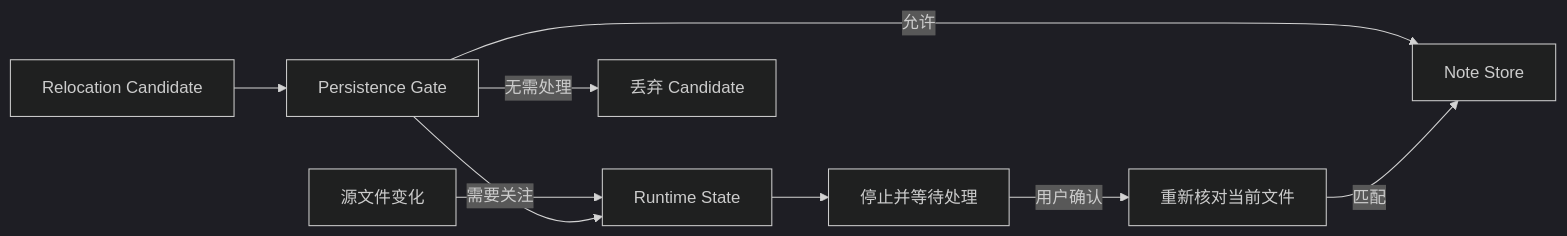
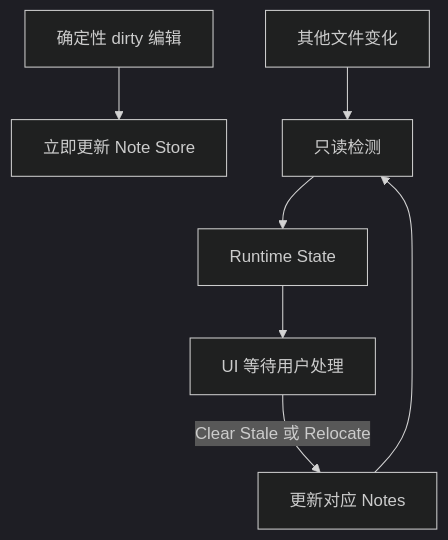
One commit to Leo7805/czaza changed the diagram in .czaza/architecture-notes/diagrams/runtime-state-persistence-boundary.md. Above: the diagram before and after it, drawn with Mermaid (dark theme). The commit also changed other lines of this file and 14 other files, not shown here.

````diff
--- a/.czaza/architecture-notes/diagrams/runtime-state-persistence-boundary.md
+++ b/.czaza/architecture-notes/diagrams/runtime-state-persistence-boundary.md
@@ -18,11 +16,9 @@
 ```mermaid
-flowchart LR
-    A[源文件变化] --> B[Runtime State]
-    B --> C[停止并等待处理]
-    C -->|用户确认| D[重新核对当前文件]
-    E[Relocation Candidate] --> F[Persistence Gate]
-    F -->|允许| G[Note Store]
-    F -->|需要关注| B
-    F -->|无需处理| H[丢弃 Candidate]
-    D -->|匹配| G
+flowchart TD
+    A[确定性 dirty 编辑] --> B[立即更新 Note Store]
+    C[其他文件变化] --> D[只读检测]
+    D --> E[Runtime State]
+    E --> F[UI 等待用户处理]
+    F -->|Clear Stale 或 Relocate| G[更新对应 Notes]
+    G --> D
 ```
````
